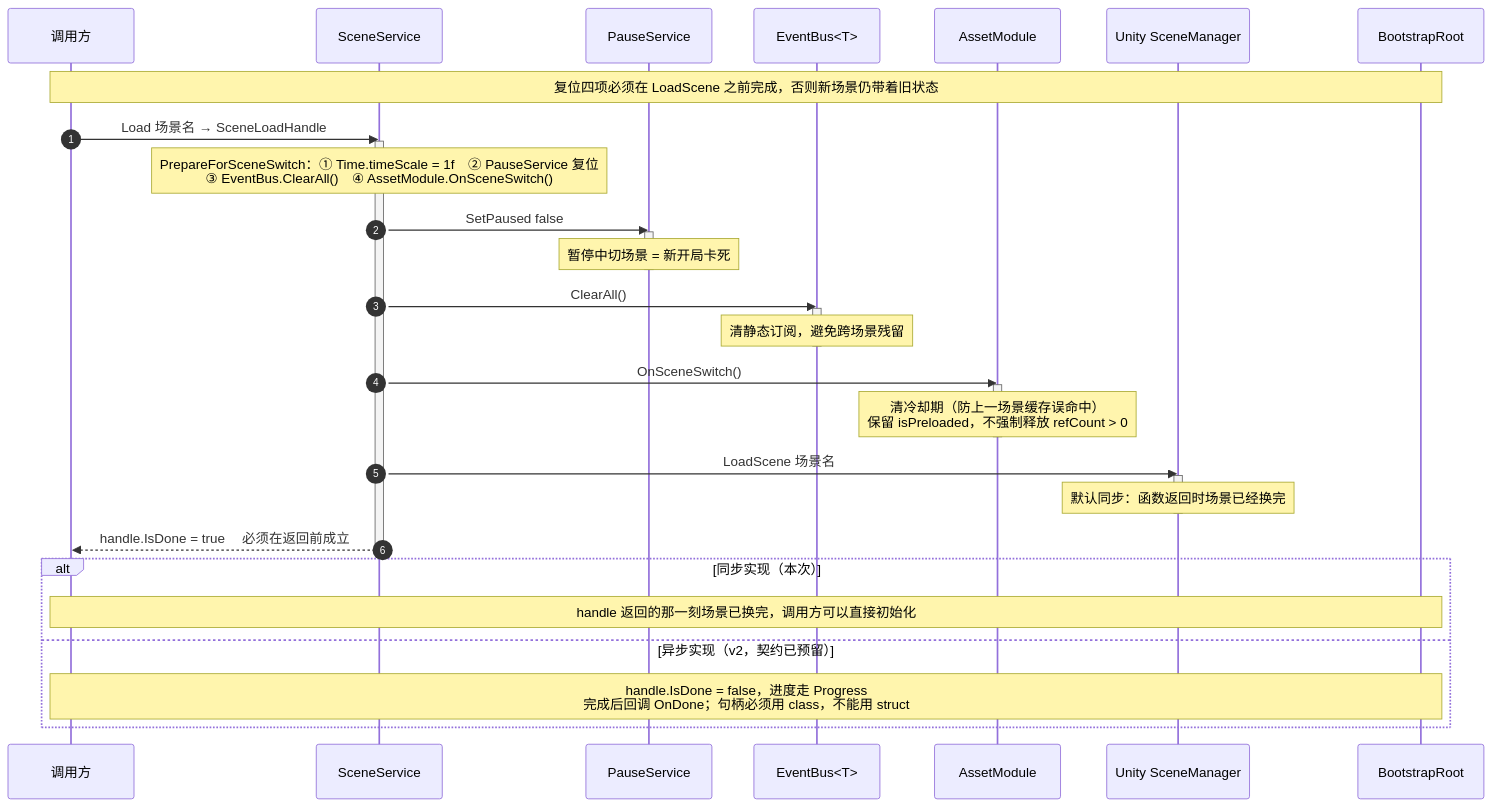
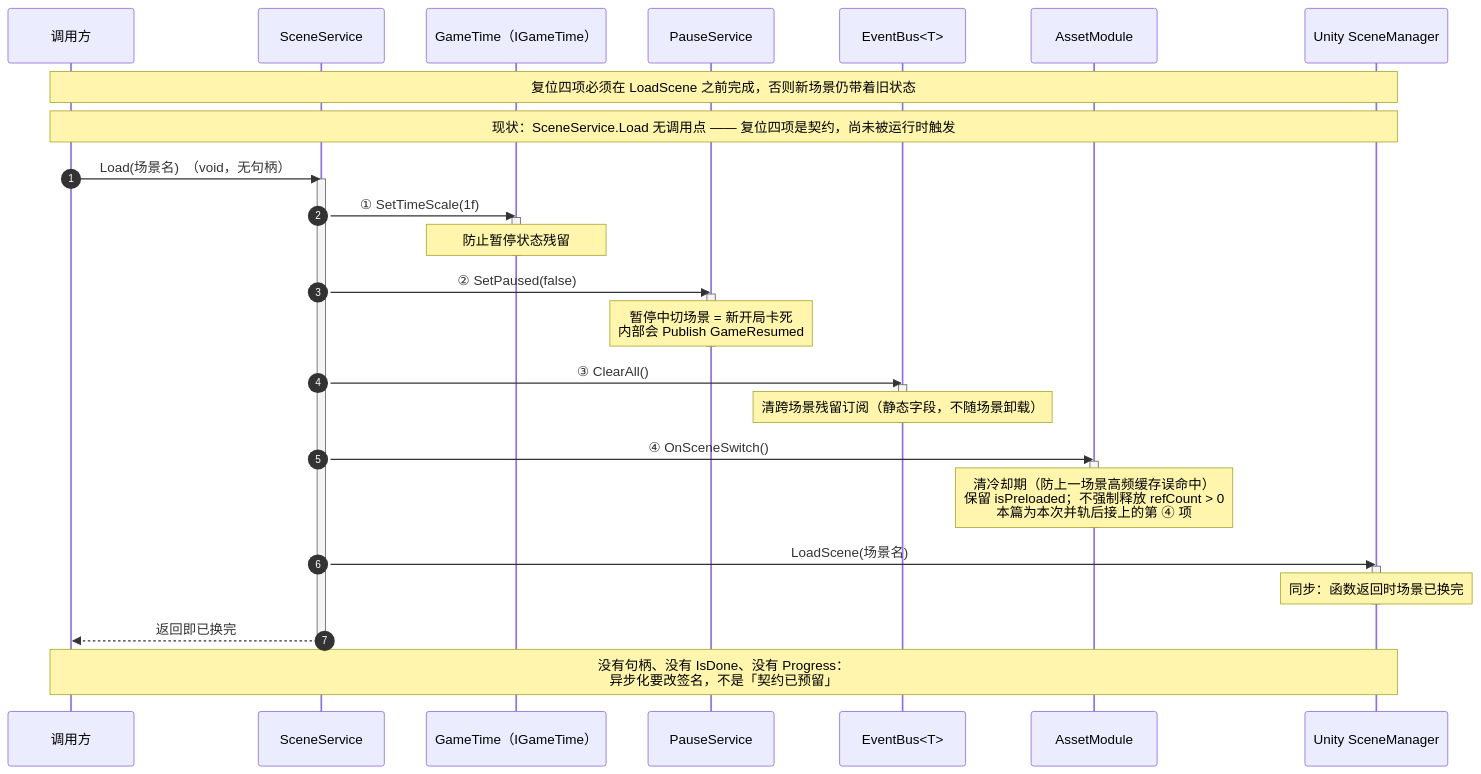
Before and after one commit to 5FYZhou/deepseaoil: the diagram in Docs/框架设计/sources/05-scene-seq.mmd, drawn with Mermaid. The commit also changed 7 other files, not shown here.

First line of the commit message:
docs(framework): 蓝图并入上游逻辑层事实；新增 §15 现状 / §16 缺陷登记；图源与图块同步

```diff
--- a/Docs/框架设计/sources/05-scene-seq.mmd
+++ b/Docs/框架设计/sources/05-scene-seq.mmd
@@ -1,42 +1,43 @@
 %% 图5｜切换场景｜回答：切场景前我漏了哪几项复位？
-%% 读法：时间轴自上而下；activate 区间 = 本次调用真正执行的代码范围；alt = 同步实现 / 异步实现两种形状。
-%% 维护：四项复位的顺序与内容改动时，同步改主文档「重要契约」的切场景一行。
+%% 读法：时间轴自上而下；activate 区间 = 本次调用真正执行的代码范围。
+%% 维护：四项复位的顺序与内容改动时，同步改蓝图「重要契约」的切场景一行。
+%% 现状提醒：SceneService.Load 目前**没有任何调用点**，所以这条链还从未在运行时跑过。
 sequenceDiagram
   autonumber
   participant Caller as 调用方
   participant Scene as SceneService
+  participant Time as GameTime（IGameTime）
   participant Pause as PauseService
   participant Bus as EventBus<T>
   participant Asset as AssetModule
   participant SM as Unity SceneManager
-  participant Root as BootstrapRoot
 
-  Note over Caller,Root: 复位四项必须在 LoadScene 之前完成，否则新场景仍带着旧状态
+  Note over Caller,SM: 复位四项必须在 LoadScene 之前完成，否则新场景仍带着旧状态
+  Note over Caller,SM: 现状：SceneService.Load 无调用点 —— 复位四项是契约，尚未被运行时触发
 
-  Caller->>Scene: Load 场景名 → SceneLoadHandle
+  Caller->>Scene: Load(场景名)　（void，无句柄）
   activate Scene
-  Note over Scene: PrepareForSceneSwitch：① Time.timeScale = 1f　② PauseService 复位<br/>③ EventBus.ClearAll()　④ AssetModule.OnSceneSwitch()
-  Scene->>Pause: SetPaused false
+  Scene->>Time: ① SetTimeScale(1f)
+  activate Time
+  Note over Time: 防止暂停状态残留
+  deactivate Time
+  Scene->>Pause: ② SetPaused(false)
   activate Pause
-  Note over Pause: 暂停中切场景 = 新开局卡死
+  Note over Pause: 暂停中切场景 = 新开局卡死<br/>内部会 Publish GameResumed
   deactivate Pause
-  Scene->>Bus: ClearAll()
+  Scene->>Bus: ③ ClearAll()
   activate Bus
-  Note over Bus: 清静态订阅，避免跨场景残留
+  Note over Bus: 清跨场景残留订阅（静态字段，不随场景卸载）
   deactivate Bus
-  Scene->>Asset: OnSceneSwitch()
+  Scene->>Asset: ④ OnSceneSwitch()
   activate Asset
-  Note over Asset: 清冷却期（防上一场景缓存误命中）<br/>保留 isPreloaded，不强制释放 refCount > 0
+  Note over Asset: 清冷却期（防上一场景高频缓存误命中）<br/>保留 isPreloaded；不强制释放 refCount > 0<br/>本篇为本次并轨后接上的第 ④ 项
   deactivate Asset
-  Scene->>SM: LoadScene 场景名
+  Scene->>SM: LoadScene(场景名)
   activate SM
-  Note over SM: 默认同步：函数返回时场景已经换完
+  Note over SM: 同步：函数返回时场景已换完
   deactivate SM
-  Scene-->>Caller: handle.IsDone = true 　必须在返回前成立
+  Scene-->>Caller: 返回即已换完
   deactivate Scene
 
-  alt 同步实现（本次）
-    Note over Caller,Root: handle 返回的那一刻场景已换完，调用方可以直接初始化
-  else 异步实现（v2，契约已预留）
-    Note over Caller,Root: handle.IsDone = false，进度走 Progress<br/>完成后回调 OnDone；句柄必须用 class，不能用 struct
-  end
+  Note over Caller,SM: 没有句柄、没有 IsDone、没有 Progress：<br/>异步化要改签名，不是「契约已预留」
```
